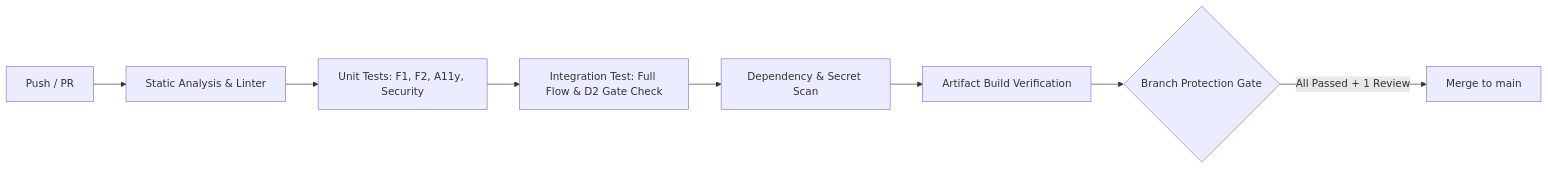
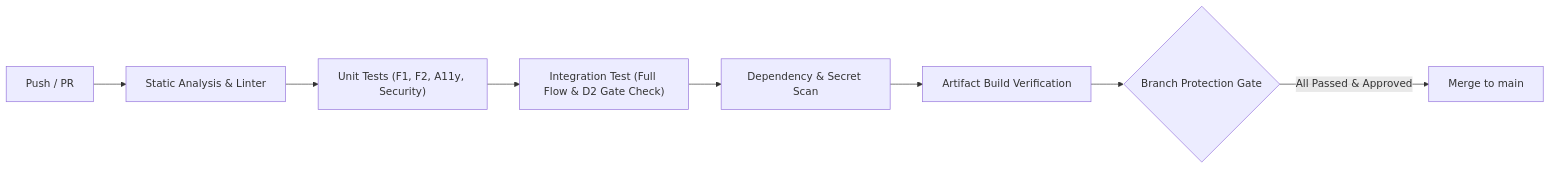
Before and after one commit to yasiru2003/TapKey: the second of 2 diagrams in README.md, drawn with Mermaid. The commit also changed other lines of this file, not shown here.

Commit message:
fix(docs): format mermaid diagrams with valid flowchart syntax and quotes for GitHub renderer

````diff
--- a/README.md
+++ b/README.md
@@ -215,10 +215,10 @@
 ```mermaid
-graph LR
-    A[Push / PR] --> B[Static Analysis & Linter]
-    B --> C[Unit Tests: F1, F2, A11y, Security]
-    C --> D[Integration Test: Full Flow & D2 Gate Check]
-    D --> E[Dependency & Secret Scan]
-    E --> F[Artifact Build Verification]
-    F --> G{Branch Protection Gate}
-    G -->|All Passed + 1 Review| H[Merge to main]
+flowchart LR
+    A["Push / PR"] --> B["Static Analysis & Linter"]
+    B --> C["Unit Tests (F1, F2, A11y, Security)"]
+    C --> D["Integration Test (Full Flow & D2 Gate Check)"]
+    D --> E["Dependency & Secret Scan"]
+    E --> F["Artifact Build Verification"]
+    F --> G{"Branch Protection Gate"}
+    G -->|"All Passed & Approved"| H["Merge to main"]
 ```
````
